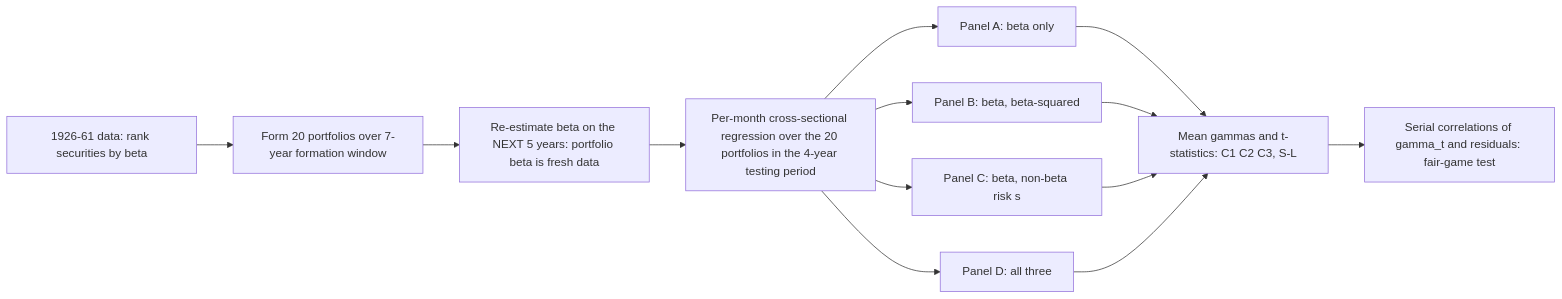
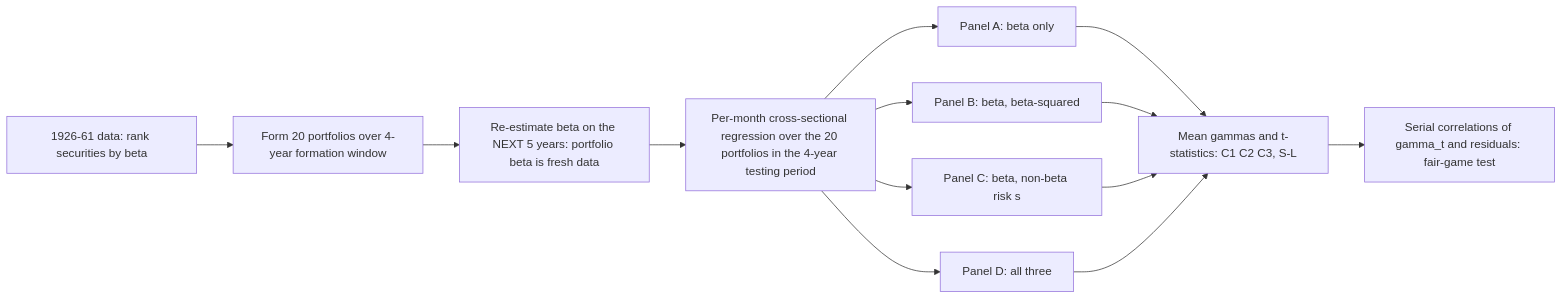
The diagram in references/fama1973-risk-return-equilibrium-empirical-tests.md (NguyenTatDat21/tatdat-vault), drawn with Mermaid before and after one commit. The commit also changed other lines of this file and 13 other files, not shown here.

````diff
--- a/references/fama1973-risk-return-equilibrium-empirical-tests.md
+++ b/references/fama1973-risk-return-equilibrium-empirical-tests.md
@@ -64,15 +64,15 @@
 ```mermaid
 flowchart LR
-  A["1926-61 data: rank securities by beta"] --> B["Form 20 portfolios over 7-year formation window"]
+  A["1926-61 data: rank securities by beta"] --> B["Form 20 portfolios over 4-year formation window"]
   B --> C["Re-estimate beta on the NEXT 5 years: portfolio beta is fresh data"]
   C --> D["Per-month cross-sectional regression over the 20 portfolios in the 4-year testing period"]
   D --> E["Panel A: beta only"]
   D --> F["Panel B: beta, beta-squared"]
   D --> G["Panel C: beta, non-beta risk s"]
   D --> H["Panel D: all three"]
   E --> I["Mean gammas and t-statistics: C1 C2 C3, S-L"]
   F --> I
   G --> I
   H --> I
   I --> J["Serial correlations of gamma_t and residuals: fair-game test"]
 ```
````
